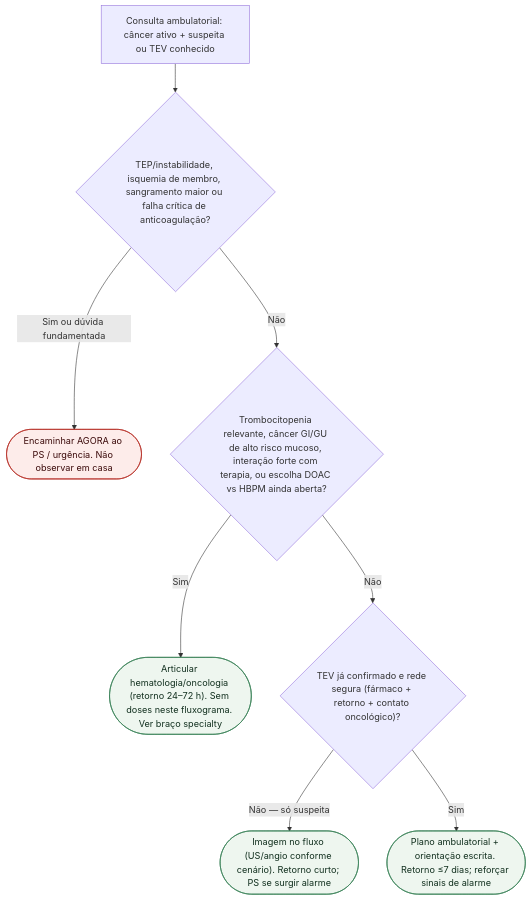
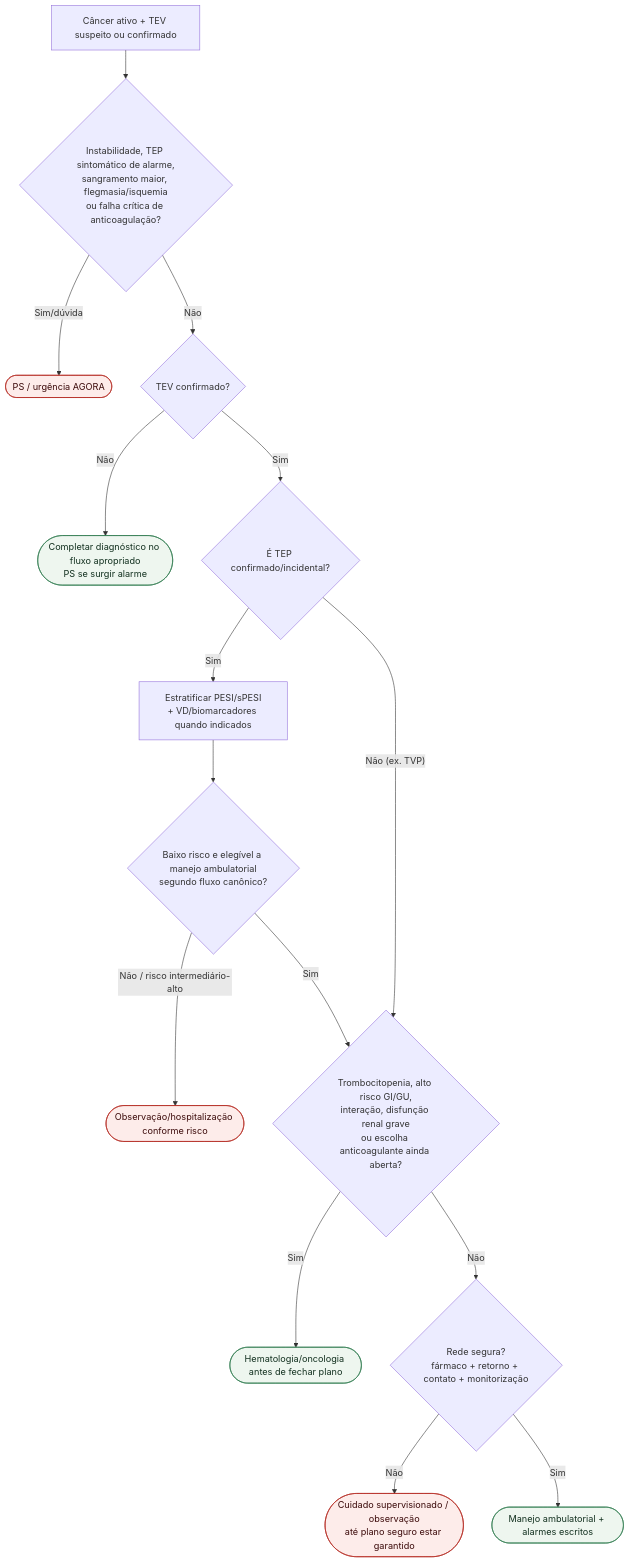
One commit to rafaelpaesmeirelles/MeuCardio changed the diagram in content/Tromboembolismo/fluxograma-destino-ambulatorial-tev-associado-ao-cancer.md. Above: the diagram before and after it, drawn with Mermaid. The commit also changed other lines of this file, not shown here.

Commit message:
fix(content): corrige fluxograma CAT e marca revisado

````diff
--- a/content/Tromboembolismo/fluxograma-destino-ambulatorial-tev-associado-ao-cancer.md
+++ b/content/Tromboembolismo/fluxograma-destino-ambulatorial-tev-associado-ao-cancer.md
@@ -26,20 +19,25 @@
 ```mermaid
 flowchart TD
-  R0["Consulta ambulatorial: câncer ativo + suspeita ou TEV conhecido"] --> D1{"TEP/instabilidade, isquemia de membro, sangramento maior ou falha crítica de anticoagulação?"}
+  R0["Câncer ativo + TEV suspeito ou confirmado"] --> D1{"Instabilidade, TEP sintomático de alarme,<br/>sangramento maior, flegmasia/isquemia<br/>ou falha crítica de anticoagulação?"}
+  D1 -->|"Sim/dúvida"| C1(["PS / urgência AGORA"])
 
-  D1 -->|"Sim ou dúvida fundamentada"| C1(["Encaminhar AGORA ao PS / urgência. Não observar em casa"])
+  D1 -->|"Não"| D2{"TEV confirmado?"}
+  D2 -->|"Não"| C2(["Completar diagnóstico no fluxo apropriado<br/>PS se surgir alarme"])
 
-  D1 -->|"Não"| D2{"Trombocitopenia relevante, câncer GI/GU de alto risco mucoso, interação forte com terapia, ou escolha DOAC vs HBPM ainda aberta?"}
+  D2 -->|"Sim"| D3{"É TEP confirmado/incidental?"}
+  D3 -->|"Sim"| P3["Estratificar PESI/sPESI<br/>+ VD/biomarcadores quando indicados"]
+  P3 --> D4{"Baixo risco e elegível a manejo ambulatorial<br/>segundo fluxo canônico?"}
+  D4 -->|"Não / risco intermediário-alto"| C3(["Observação/hospitalização conforme risco"])
+  D4 -->|"Sim"| D5
+  D3 -->|"Não (ex. TVP)"| D5{"Trombocitopenia, alto risco GI/GU,<br/>interação, disfunção renal grave<br/>ou escolha anticoagulante ainda aberta?"}
 
-  D2 -->|"Sim"| C2(["Articular hematologia/oncologia (retorno 24–72 h). Sem doses neste fluxograma. Ver braço specialty"])
+  D5 -->|"Sim"| C4(["Hematologia/oncologia antes de fechar plano"])
+  D5 -->|"Não"| D6{"Rede segura?<br/>fármaco + retorno + contato + monitorização"}
+  D6 -->|"Não"| C5(["Cuidado supervisionado / observação<br/>até plano seguro estar garantido"])
+  D6 -->|"Sim"| C6(["Manejo ambulatorial + alarmes escritos"])
 
-  D2 -->|"Não"| D3{"TEV já confirmado e rede segura (fármaco + retorno + contato oncológico)?"}
-
-  D3 -->|"Não — só suspeita"| C3(["Imagem no fluxo (US/angio conforme cenário). Retorno curto; PS se surgir alarme"])
-  D3 -->|"Sim"| C4(["Plano ambulatorial + orientação escrita. Retorno ≤7 dias; reforçar sinais de alarme"])
-
+  classDef alerta fill:#fdecea,stroke:#b3261e,color:#3b0a0a;
   classDef conduta fill:#eef6ef,stroke:#2f7a4f,color:#12301f;
-  classDef alerta fill:#fdecea,stroke:#b3261e,color:#3b0a0a;
-  class C1 alerta;
-  class C2,C3,C4 conduta;
+  class C1,C3,C5 alerta;
+  class C2,C4,C6 conduta;
 ```
````
